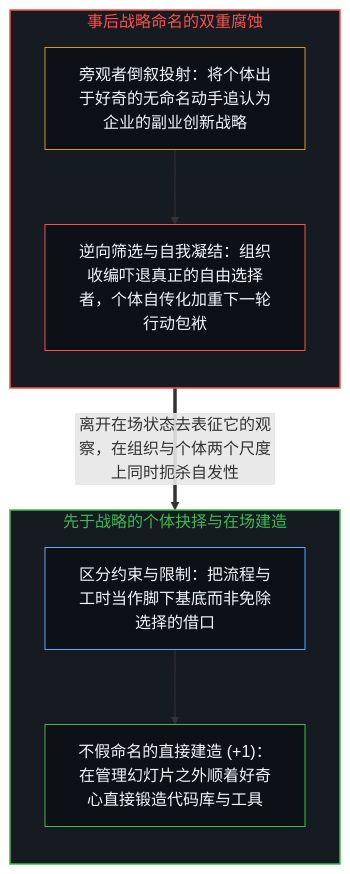
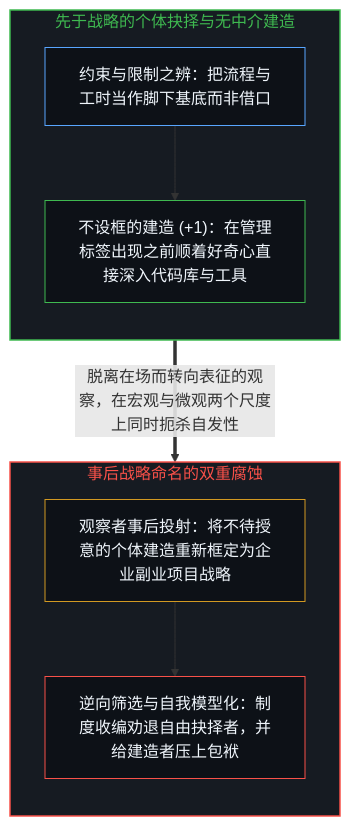
One commit to powerpig99/not-a-toe changed the first of 2 diagrams in content/posts/the-strategy-that-wasnt.md. Above: the diagram before and after it, drawn with Mermaid. The commit also changed other lines of this file and 7 other files, not shown here.

````diff
--- a/content/posts/the-strategy-that-wasnt.md
+++ b/content/posts/the-strategy-that-wasnt.md
@@ -17,22 +17,22 @@
 ```mermaid
 flowchart TD
+    subgraph S_Act["先于战略的个体抉择与无中介建造"]
+        direction TB
+        Fact["约束与限制之辨：把流程与工时当作脚下基底而非借口"]
+        Build["不设框的建造 (+1)：在管理标签出现之前顺着好奇心直接深入代码库与工具"]
+        Fact --> Build
+    end
     subgraph S_Strat["事后战略命名的双重腐蚀"]
         direction TB
-        Retro["旁观者倒叙投射：将个体出于好奇的无命名动手追认为企业的副业创新战略"]
-        Adverse["逆向筛选与自我凝结：组织收编吓退真正的自由选择者，个体自传化加重下一轮行动包袱"]
+        Retro["观察者事后投射：将不待授意的个体建造重新框定为企业副业项目战略"]
+        Adverse["逆向筛选与自我模型化：制度收编劝退自由抉择者，并给建造者压上包袱"]
         Retro --> Adverse
     end
-    subgraph S_Act["先于战略的个体抉择与在场建造"]
-        direction TB
-        Fact["区分约束与限制：把流程与工时当作脚下基底而非免除选择的借口"]
-        Build["不假命名的直接建造 (+1)：在管理幻灯片之外顺着好奇心直接锻造代码库与工具"]
-        Fact --> Build
-    end
-    Adverse ==>|"离开在场状态去表征它的观察，在组织与个体两个尺度上同时扼杀自发性"| Fact
+    Build ==>|"脱离在场而转向表征的观察，在宏观与微观两个尺度上同时扼杀自发性"| Retro
+    style S_Act fill:#161b22,stroke:#3fb950,stroke-width:1.5px,color:#3fb950
     style S_Strat fill:#161b22,stroke:#f85149,stroke-width:1.5px,color:#f85149
-    style S_Act fill:#161b22,stroke:#3fb950,stroke-width:1.5px,color:#3fb950
+    style Fact fill:#0d1117,stroke:#58a6ff,stroke-width:1px,color:#f0f6fc
+    style Build fill:#0d1117,stroke:#3fb950,stroke-width:1px,color:#f0f6fc
     style Retro fill:#0d1117,stroke:#d29922,stroke-width:1px,color:#f0f6fc
     style Adverse fill:#0d1117,stroke:#f85149,stroke-width:1px,color:#f0f6fc
-    style Fact fill:#0d1117,stroke:#58a6ff,stroke-width:1px,color:#f0f6fc
-    style Build fill:#0d1117,stroke:#3fb950,stroke-width:1px,color:#f0f6fc
 ```
````
